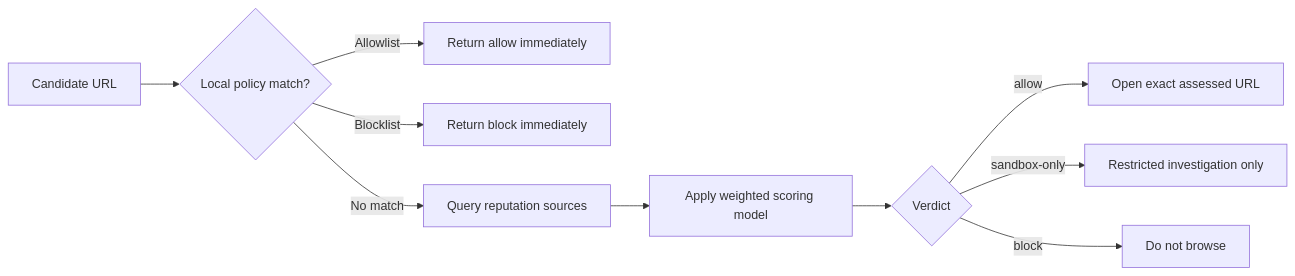
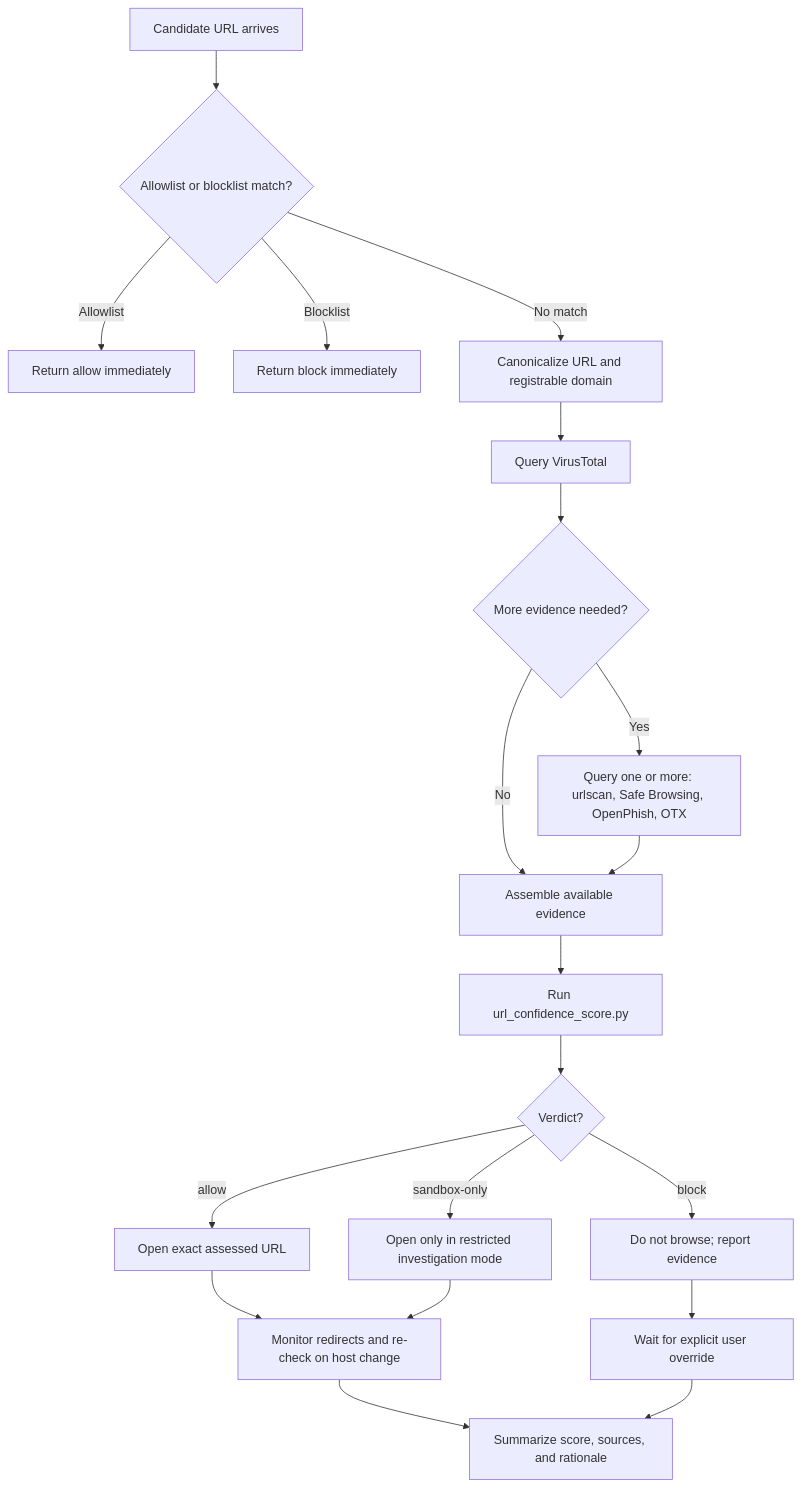
Before and after one commit to AlexCalz/safe-web-confidence-protocol: the diagram in README.md, drawn with Mermaid. The commit also changed other lines of this file, not shown here.

Commit message:
Highlight protocol scans in README

````diff
--- a/README.md
+++ b/README.md
@@ -20,12 +20,22 @@
 ```mermaid
-flowchart LR
-    A["Candidate URL"] --> B{"Local policy match?"}
+flowchart TD
+    A["Candidate URL arrives"] --> B{"Allowlist or blocklist match?"}
     B -->|Allowlist| C["Return allow immediately"]
     B -->|Blocklist| D["Return block immediately"]
-    B -->|No match| E["Query reputation sources"]
-    E --> F["Apply weighted scoring model"]
-    F --> G{"Verdict"}
-    G -->|allow| H["Open exact assessed URL"]
-    G -->|sandbox-only| I["Restricted investigation only"]
-    G -->|block| J["Do not browse"]
+    B -->|No match| E["Canonicalize URL and registrable domain"]
+    E --> F["Query VirusTotal"]
+    F --> G{"More evidence needed?"}
+    G -->|Yes| H["Query one or more: urlscan, Safe Browsing, OpenPhish, OTX"]
+    G -->|No| I["Assemble available evidence"]
+    H --> I
+    I --> J["Run url_confidence_score.py"]
+    J --> K{"Verdict?"}
+    K -->|allow| L["Open exact assessed URL"]
+    K -->|sandbox-only| M["Open only in restricted investigation mode"]
+    K -->|block| N["Do not browse; report evidence"]
+    L --> O["Monitor redirects and re-check on host change"]
+    M --> O
+    N --> P["Wait for explicit user override"]
+    O --> Q["Summarize score, sources, and rationale"]
+    P --> Q
 ```
````
